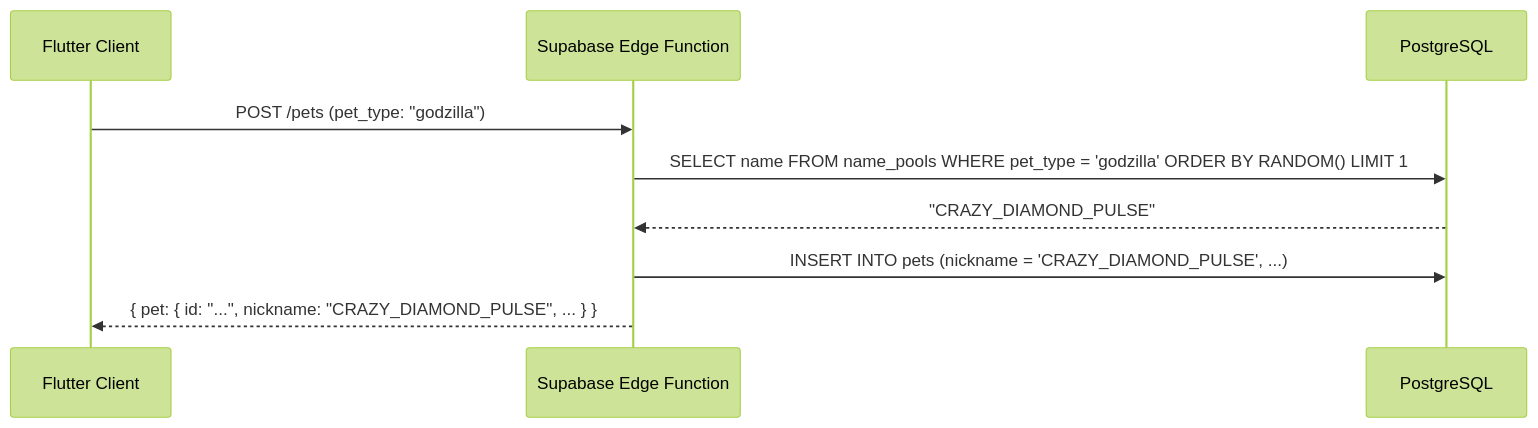
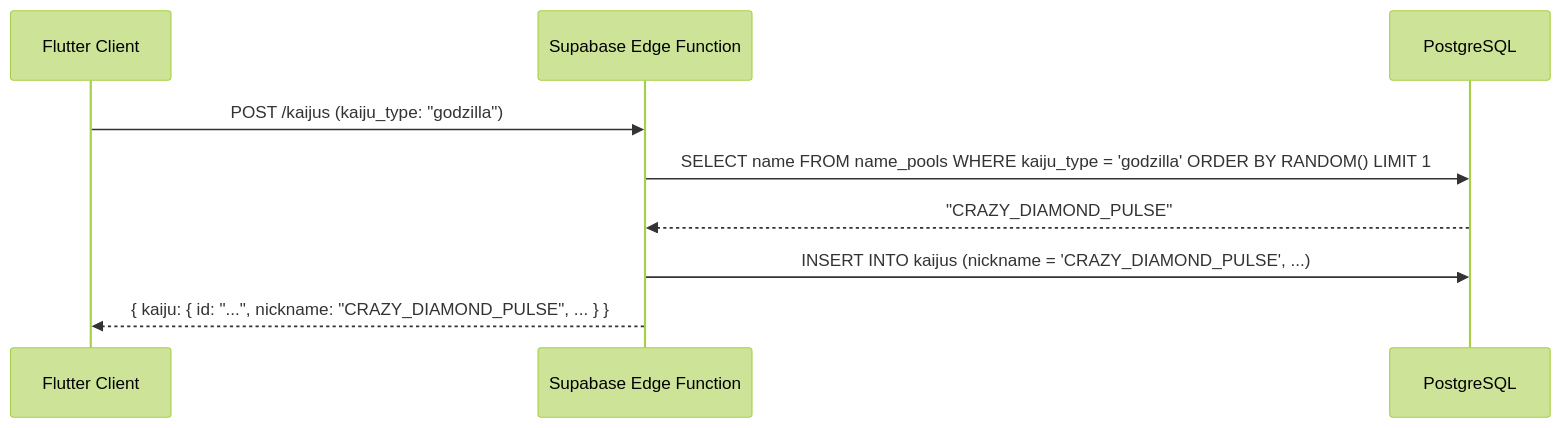
The diagram in Documentation/NameGeneration/01-name-generation-overview.md (TheMrCorvy/HATCH.REF), drawn with Mermaid (forest theme) before and after one commit. The commit also changed other lines of this file and 47 other files, not shown here.

Commit message:
switched from normal pets to kaiju

````diff
--- a/Documentation/NameGeneration/01-name-generation-overview.md
+++ b/Documentation/NameGeneration/01-name-generation-overview.md
@@ -130,12 +130,12 @@
 ```mermaid
 sequenceDiagram
     participant Client as Flutter Client
     participant API as Supabase Edge Function
     participant DB as PostgreSQL
 
-    Client->>API: POST /pets (pet_type: "godzilla")
-    API->>DB: SELECT name FROM name_pools WHERE pet_type = 'godzilla' ORDER BY RANDOM() LIMIT 1
+    Client->>API: POST /kaijus (kaiju_type: "godzilla")
+    API->>DB: SELECT name FROM name_pools WHERE kaiju_type = 'godzilla' ORDER BY RANDOM() LIMIT 1
     DB-->>API: "CRAZY_DIAMOND_PULSE"
-    API->>DB: INSERT INTO pets (nickname = 'CRAZY_DIAMOND_PULSE', ...)
-    API-->>Client: { pet: { id: "...", nickname: "CRAZY_DIAMOND_PULSE", ... } }
+    API->>DB: INSERT INTO kaijus (nickname = 'CRAZY_DIAMOND_PULSE', ...)
+    API-->>Client: { kaiju: { id: "...", nickname: "CRAZY_DIAMOND_PULSE", ... } }
 ```
````
